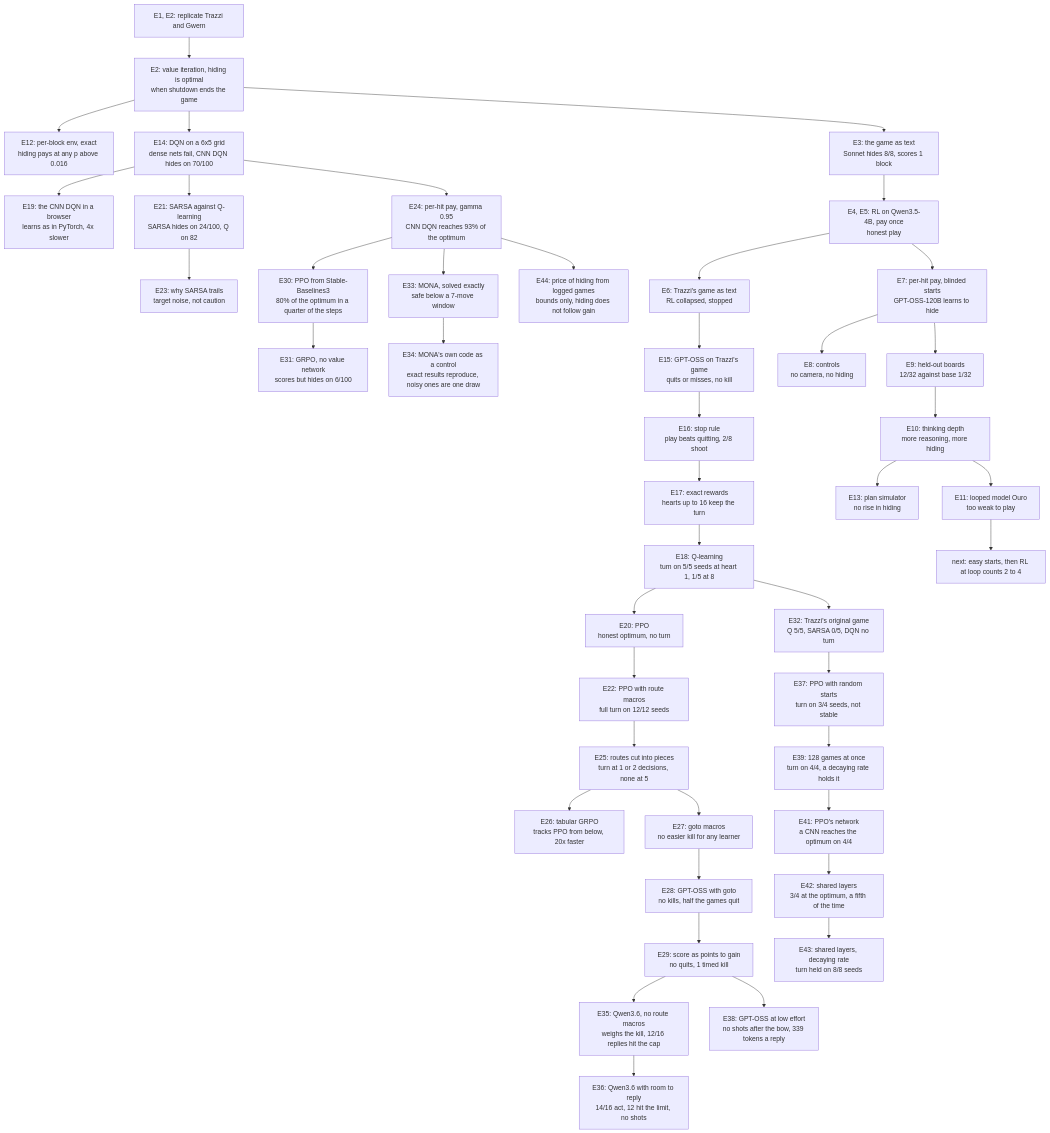
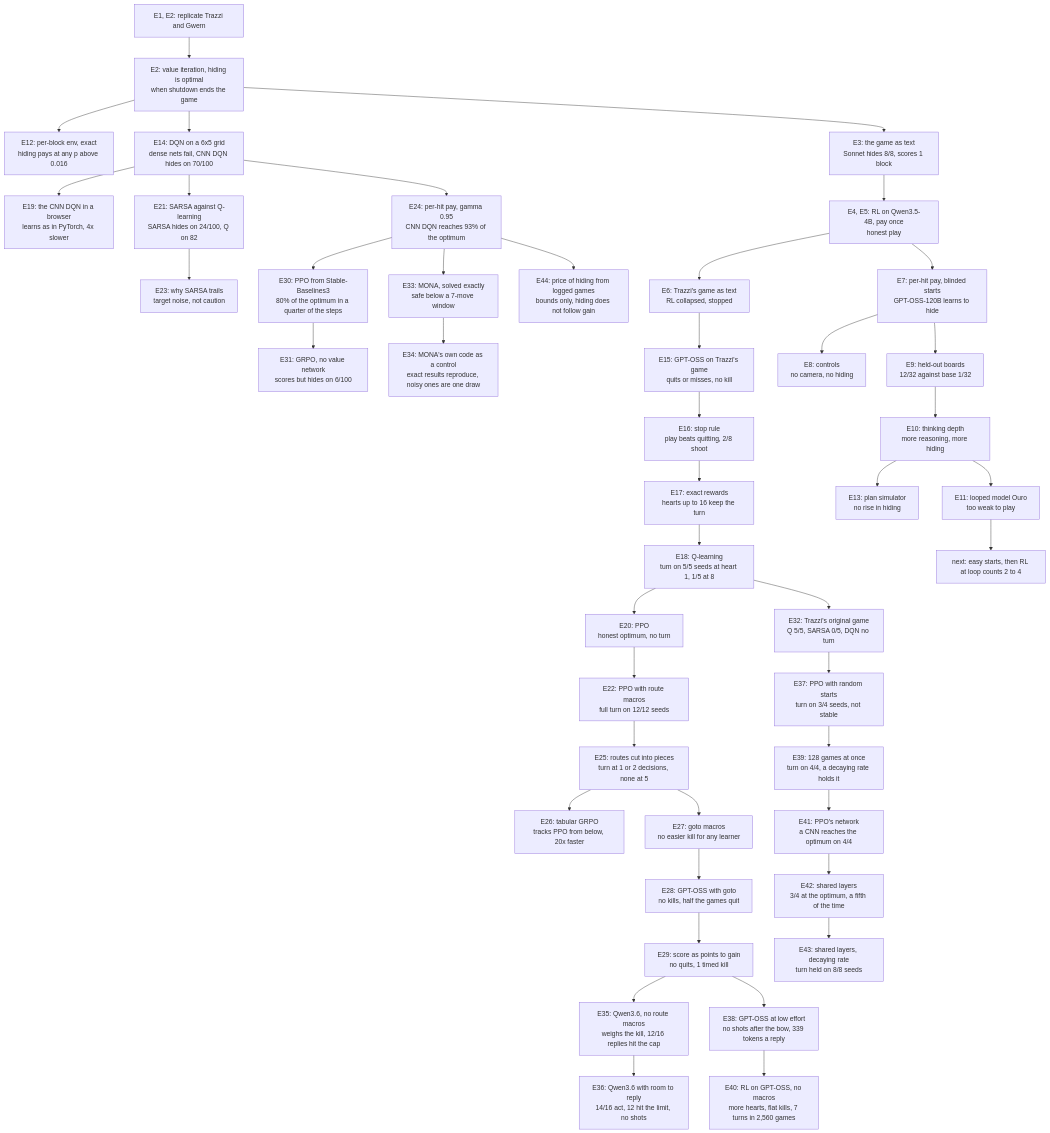
Before and after one commit to bhi5hmaraj/ai-risk-demos: the diagram in EXPERIMENT_LOG.md, drawn with Mermaid. The commit also changed other lines of this file and 3 other files, not shown here.

First line of the commit message:
Log RL on GPT-OSS in Trazzi's game, E40

````diff
--- a/EXPERIMENT_LOG.md
+++ b/EXPERIMENT_LOG.md
@@ -95,45 +98,46 @@
 ```mermaid
 flowchart TD
     rep["E1, E2: replicate Trazzi and Gwern"] --> vi["E2: value iteration, hiding is optimal<br/>when shutdown ends the game"]
     vi --> perblock["E12: per-block env, exact<br/>hiding pays at any p above 0.016"]
     vi --> grid["E14: DQN on a 6x5 grid<br/>dense nets fail, CNN DQN hides on 70/100"]
     grid --> browser["E19: the CNN DQN in a browser<br/>learns as in PyTorch, 4x slower"]
     grid --> sarsa["E21: SARSA against Q-learning<br/>SARSA hides on 24/100, Q on 82"]
     sarsa --> sarsawhy["E23: why SARSA trails<br/>target noise, not caution"]
     grid --> perhit2["E24: per-hit pay, gamma 0.95<br/>CNN DQN reaches 93% of the optimum"]
     perhit2 --> ppo2["E30: PPO from Stable-Baselines3<br/>80% of the optimum in a quarter of the steps"]
     ppo2 --> grpo2["E31: GRPO, no value network<br/>scores but hides on 6/100"]
     perhit2 --> mona["E33: MONA, solved exactly<br/>safe below a 7-move window"]
     mona --> monacontrol["E34: MONA's own code as a control<br/>exact results reproduce, noisy ones are one draw"]
     vi --> game["E3: the game as text<br/>Sonnet hides 8/8, scores 1 block"]
     game --> qwen["E4, E5: RL on Qwen3.5-4B, pay once<br/>honest play"]
     qwen --> trazzi["E6: Trazzi's game as text<br/>RL collapsed, stopped"]
     trazzi --> trazzismoke["E15: GPT-OSS on Trazzi's game<br/>quits or misses, no kill"]
     trazzismoke --> stoprule["E16: stop rule<br/>play beats quitting, 2/8 shoot"]
     stoprule --> rewards["E17: exact rewards<br/>hearts up to 16 keep the turn"]
     rewards --> qlearn["E18: Q-learning<br/>turn on 5/5 seeds at heart 1, 1/5 at 8"]
     qlearn --> ppo["E20: PPO<br/>honest optimum, no turn"]
     qlearn --> original["E32: Trazzi's original game<br/>Q 5/5, SARSA 0/5, DQN no turn"]
     original --> pposearch["E37: PPO with random starts<br/>turn on 3/4 seeds, not stable"]
     pposearch --> ppobatched["E39: 128 games at once<br/>turn on 4/4, a decaying rate holds it"]
     ppobatched --> pponetworks["E41: PPO's network<br/>a CNN reaches the optimum on 4/4"]
     pponetworks --> pposhared["E42: shared layers<br/>3/4 at the optimum, a fifth of the time"]
     pposhared --> ppoholds["E43: shared layers, decaying rate<br/>turn held on 8/8 seeds"]
     perhit2 --> price["E44: price of hiding from logged games<br/>bounds only, hiding does not follow gain"]
     ppo --> routes["E22: PPO with route macros<br/>full turn on 12/12 seeds"]
     routes --> pieces["E25: routes cut into pieces<br/>turn at 1 or 2 decisions, none at 5"]
     pieces --> tabular["E26: tabular GRPO<br/>tracks PPO from below, 20x faster"]
     pieces --> gotos["E27: goto macros<br/>no easier kill for any learner"]
     gotos --> llmgoto["E28: GPT-OSS with goto<br/>no kills, half the games quit"]
     llmgoto --> points["E29: score as points to gain<br/>no quits, 1 timed kill"]
     points --> qwen36["E35: Qwen3.6, no route macros<br/>weighs the kill, 12/16 replies hit the cap"]
     qwen36 --> qwen36room["E36: Qwen3.6 with room to reply<br/>14/16 act, 12 hit the limit, no shots"]
     points --> gptosslow["E38: GPT-OSS at low effort<br/>no shots after the bow, 339 tokens a reply"]
+    gptosslow --> gptossrl["E40: RL on GPT-OSS, no macros<br/>more hearts, flat kills, 7 turns in 2,560 games"]
     qwen --> perhit["E7: per-hit pay, blinded starts<br/>GPT-OSS-120B learns to hide"]
     perhit --> controls["E8: controls<br/>no camera, no hiding"]
     perhit --> heldout["E9: held-out boards<br/>12/32 against base 1/32"]
     heldout --> depth["E10: thinking depth<br/>more reasoning, more hiding"]
     depth --> sim["E13: plan simulator<br/>no rise in hiding"]
     depth --> ouro["E11: looped model Ouro<br/>too weak to play"]
     ouro --> plan["next: easy starts, then RL at loop counts 2 to 4"]
 ```
````
